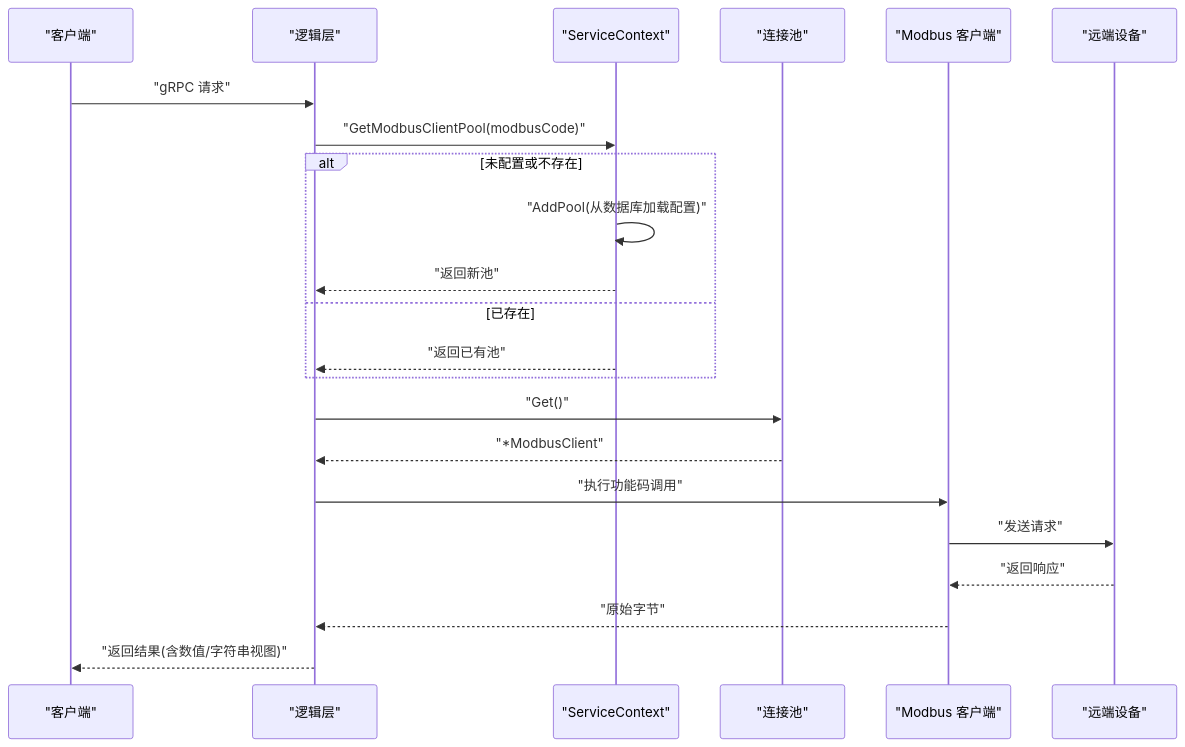
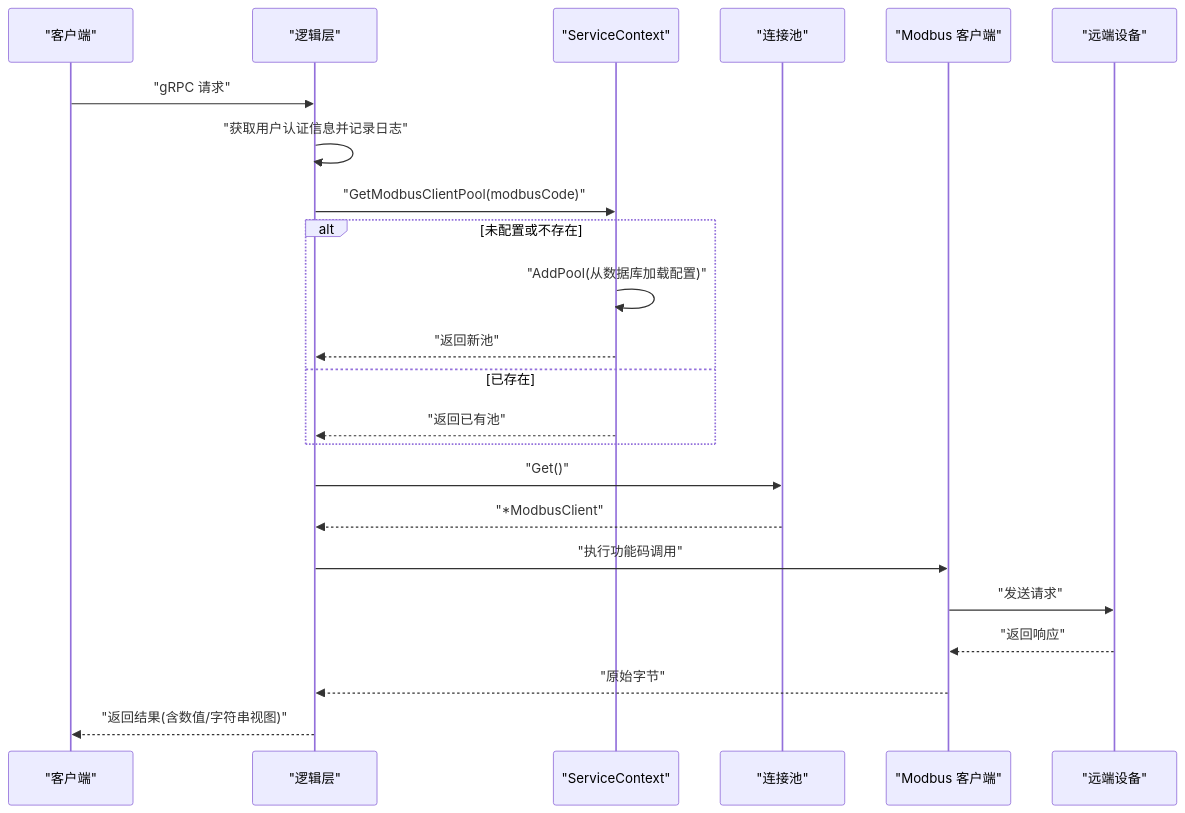
One commit to maomao94/zero-service changed the second of 4 diagrams in .qoder/repowiki/zh/content/核心服务详解/Modbus 协议桥接服务/数据读写操作.md. Above: the diagram before and after it, drawn with Mermaid. The commit also changed other lines of this file and 11 other files, not shown here.

````diff
--- a/.qoder/repowiki/zh/content/核心服务详解/Modbus 协议桥接服务/数据读写操作.md
+++ b/.qoder/repowiki/zh/content/核心服务详解/Modbus 协议桥接服务/数据读写操作.md
@@ -100,24 +125,25 @@
 ```mermaid
 sequenceDiagram
 participant C as "客户端"
 participant L as "逻辑层"
 participant S as "ServiceContext"
 participant P as "连接池"
 participant M as "Modbus 客户端"
 participant D as "远端设备"
 C->>L : "gRPC 请求"
+L->>L : "获取用户认证信息并记录日志"
 L->>S : "GetModbusClientPool(modbusCode)"
 alt 未配置或不存在
 S->>S : "AddPool(从数据库加载配置)"
 S-->>L : "返回新池"
 else 已存在
 S-->>L : "返回已有池"
 end
 L->>P : "Get()"
 P-->>L : "*ModbusClient"
 L->>M : "执行功能码调用"
 M->>D : "发送请求"
 D-->>M : "返回响应"
 M-->>L : "原始字节"
 L-->>C : "返回结果(含数值/字符串视图)"
 ```
````
